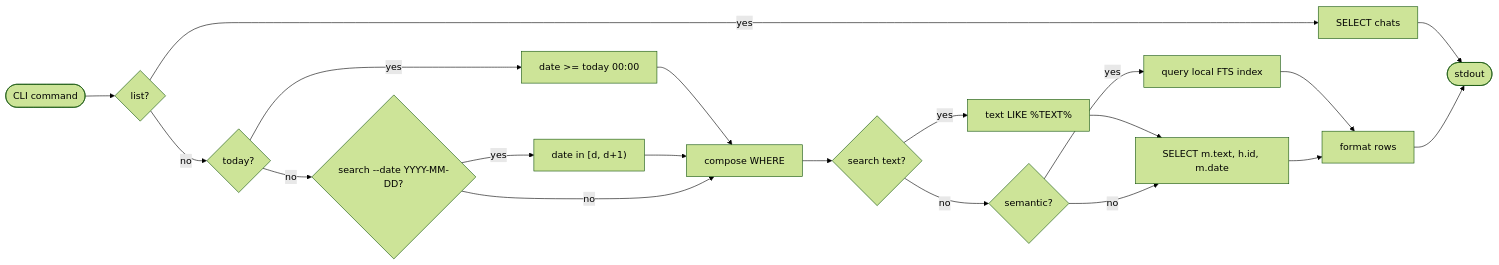
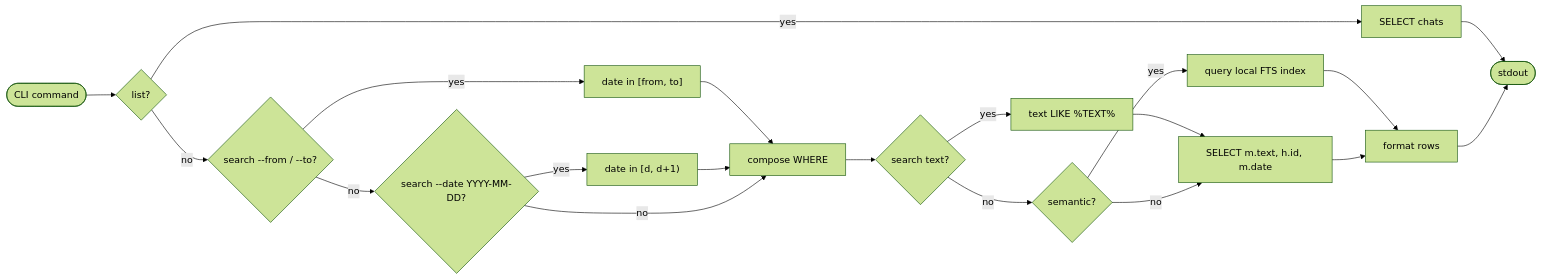
One commit to ml-lubich/imessage-exporter changed the second of 5 diagrams in README.md. Above: the diagram before and after it, drawn with Mermaid (forest theme). The commit also changed other lines of this file and 12 other files, not shown here.

````diff
--- a/README.md
+++ b/README.md
@@ -46,31 +47,31 @@
 ```mermaid
 flowchart LR
     A([CLI command])
     B{"list?"}
     C["SELECT chats"]
-    D{"today?"}
-    E["date >= today 00:00"]
+    D{"search --from / --to?"}
+    E["date in [from, to]"]
     F{"search --date YYYY-MM-DD?"}
     G["date in [d, d+1)"]
     H{"search text?"}
     I["text LIKE %TEXT%"]
     M{"semantic?"}
     N["query local FTS index"]
     J["compose WHERE"]
     K["SELECT m.text, h.id, m.date"]
     L["format rows"]
     Z([stdout])
     A --> B
     B -- yes --> C --> Z
     B -- no  --> D
     D -- yes --> E --> J
     D -- no  --> F
     F -- yes --> G --> J
     F -- no  --> J
     J --> H
     H -- yes --> I --> K
     H -- no  --> M
     M -- yes --> N --> L
     M -- no --> K
     K --> L --> Z
 ```
````
